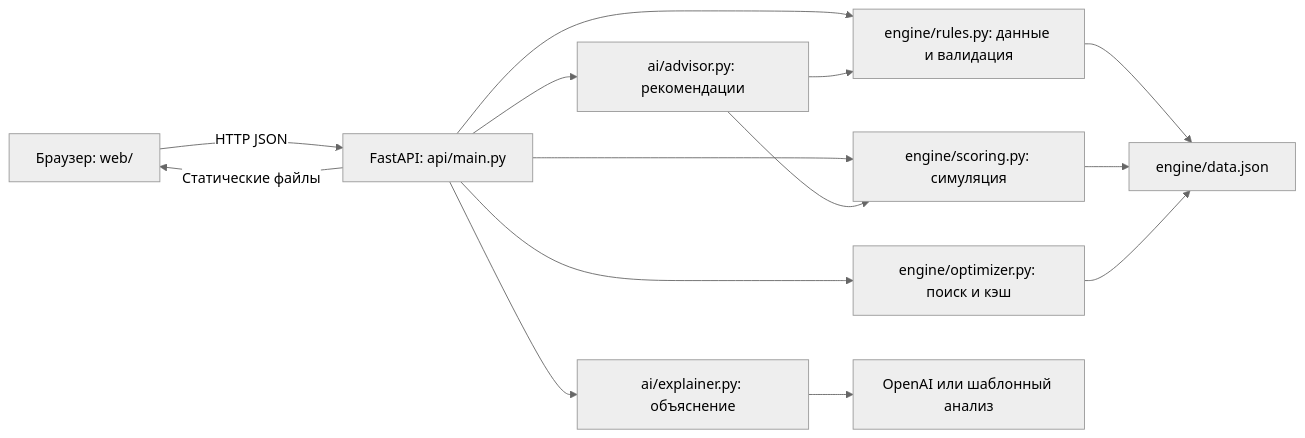
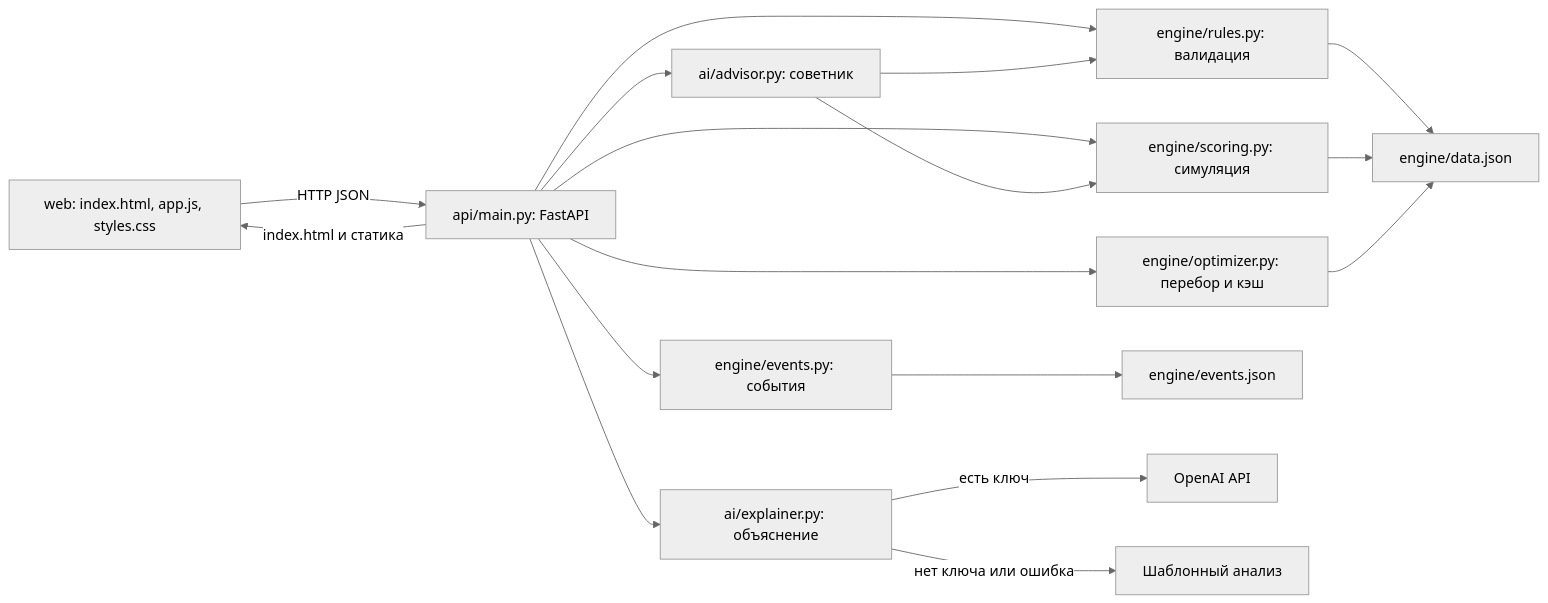
One commit to BAITC-Hacks/hack-bd38d477-devour changed the diagram in README.md. Above: the diagram before and after it, drawn with Mermaid (neutral theme). The commit also changed other lines of this file, not shown here.

Commit message:
docs: document features data events ai and checks

````diff
--- a/README.md
+++ b/README.md
@@ -41,16 +91,19 @@
 ```mermaid
 flowchart LR
-    U[Браузер: web/] -->|HTTP JSON| A[FastAPI: api/main.py]
-    A -->|Статические файлы| U
-    A --> V[engine/rules.py: данные и валидация]
+    U[web: index.html, app.js, styles.css] -->|HTTP JSON| A[api/main.py: FastAPI]
+    A -->|index.html и статика| U
+    A --> V[engine/rules.py: валидация]
     A --> S[engine/scoring.py: симуляция]
-    A --> O[engine/optimizer.py: поиск и кэш]
+    A --> O[engine/optimizer.py: перебор и кэш]
+    A --> EV[engine/events.py: события]
     V --> D[engine/data.json]
     S --> D
     O --> D
-    A --> E[ai/explainer.py: объяснение]
-    E --> L[OpenAI или шаблонный анализ]
-    A --> R[ai/advisor.py: рекомендации]
+    EV --> J[engine/events.json]
+    A --> X[ai/explainer.py: объяснение]
+    A --> R[ai/advisor.py: советник]
+    X -->|есть ключ| L[OpenAI API]
+    X -->|нет ключа или ошибка| FB[Шаблонный анализ]
     R --> V
     R --> S
 ```
````
